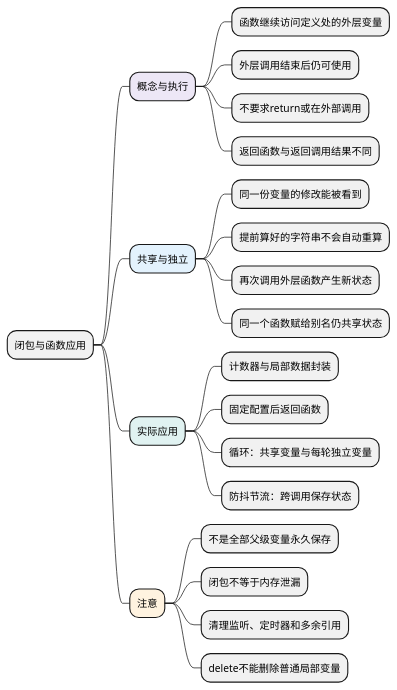
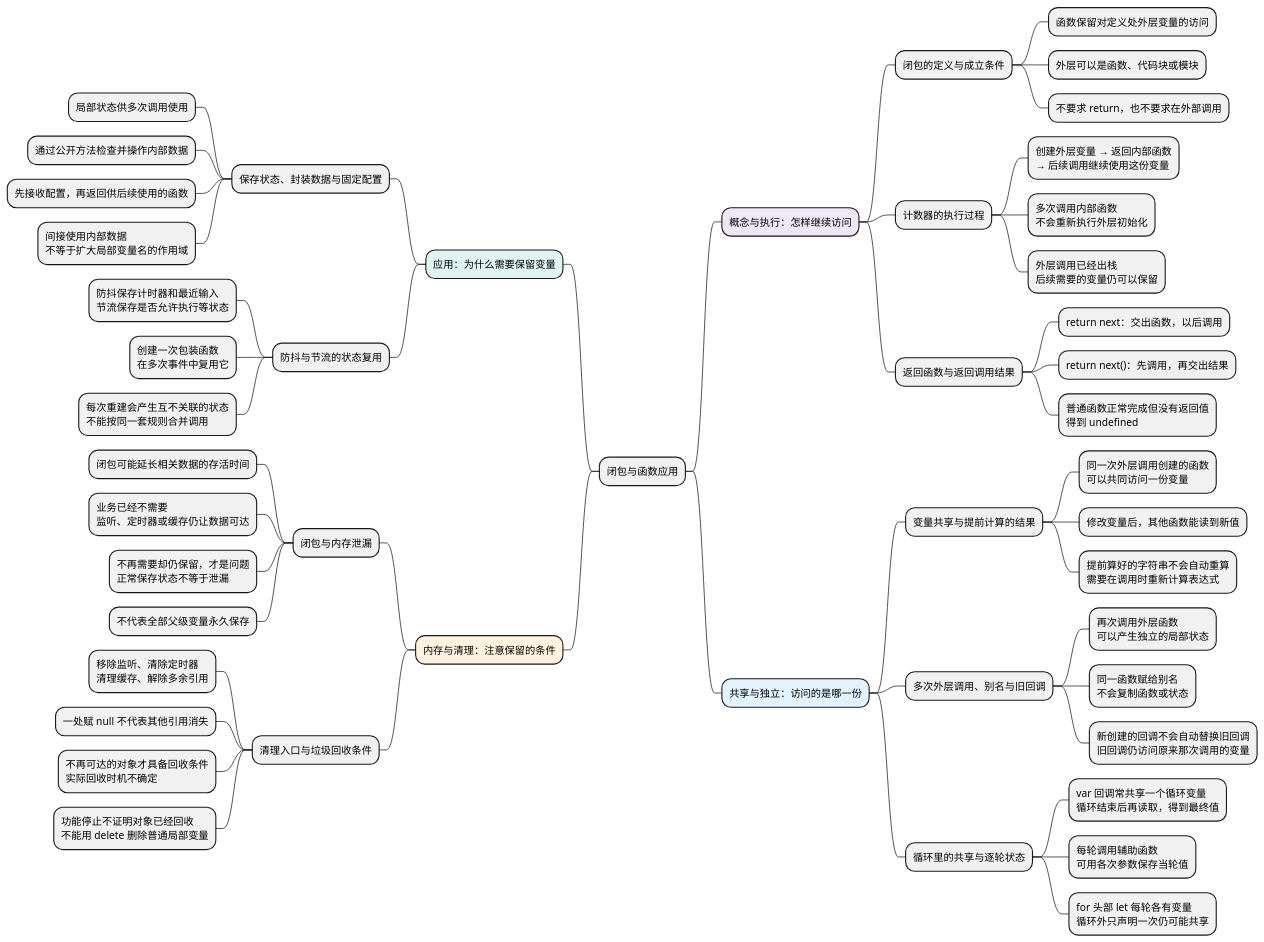
One commit to chenx18/JAVA changed the diagram in docs/AI前端全栈教材/01_JavaScript/02_运行基础/examples/c08-mindmap.puml. Above: the diagram before and after it, drawn with PlantUML. The commit also changed 38 other files, not shown here.

Commit message:
docs: 补充 JavaScript 知识点导图与面试复习总结

```diff
--- a/docs/AI前端全栈教材/01_JavaScript/02_运行基础/examples/c08-mindmap.puml
+++ b/docs/AI前端全栈教材/01_JavaScript/02_运行基础/examples/c08-mindmap.puml
@@ -1,30 +1,58 @@
 @startmindmap
 skinparam defaultFontName Microsoft YaHei
 skinparam defaultFontSize 14
 skinparam dpi 100
 skinparam backgroundColor white
 skinparam shadowing false
 
 * 闭包与函数应用
-**[#EDE7F6] 概念与执行
-*** 函数继续访问定义处的外层变量
-*** 外层调用结束后仍可使用
-*** 不要求return或在外部调用
-*** 返回函数与返回调用结果不同
-**[#E3F2FD] 共享与独立
-*** 同一份变量的修改能被看到
-*** 提前算好的字符串不会自动重算
-*** 再次调用外层函数产生新状态
-*** 同一个函数赋给别名仍共享状态
-**[#E0F2F1] 实际应用
-*** 计数器与局部数据封装
-*** 固定配置后返回函数
-*** 循环：共享变量与每轮独立变量
-*** 防抖节流：跨调用保存状态
-**[#FFF3E0] 注意
-*** 不是全部父级变量永久保存
-*** 闭包不等于内存泄漏
-*** 清理监听、定时器和多余引用
-*** delete不能删除普通局部变量
+**[#EDE7F6] 概念与执行：怎样继续访问
+*** 闭包的定义与成立条件
+**** 函数保留对定义处外层变量的访问
+**** 外层可以是函数、代码块或模块
+**** 不要求 return，也不要求在外部调用
+*** 计数器的执行过程
+**** 创建外层变量 → 返回内部函数\n→ 后续调用继续使用这份变量
+**** 多次调用内部函数\n不会重新执行外层初始化
+**** 外层调用已经出栈\n后续需要的变量仍可以保留
+*** 返回函数与返回调用结果
+**** return next：交出函数，以后调用
+**** return next()：先调用，再交出结果
+**** 普通函数正常完成但没有返回值\n得到 undefined
+**[#E3F2FD] 共享与独立：访问的是哪一份
+*** 变量共享与提前计算的结果
+**** 同一次外层调用创建的函数\n可以共同访问一份变量
+**** 修改变量后，其他函数能读到新值
+**** 提前算好的字符串不会自动重算\n需要在调用时重新计算表达式
+*** 多次外层调用、别名与旧回调
+**** 再次调用外层函数\n可以产生独立的局部状态
+**** 同一函数赋给别名\n不会复制函数或状态
+**** 新创建的回调不会自动替换旧回调\n旧回调仍访问原来那次调用的变量
+*** 循环里的共享与逐轮状态
+**** var 回调常共享一个循环变量\n循环结束后再读取，得到最终值
+**** 每轮调用辅助函数\n可用各次参数保存当轮值
+**** for 头部 let 每轮各有变量\n循环外只声明一次仍可能共享
+left side
+**[#E0F2F1] 应用：为什么需要保留变量
+*** 保存状态、封装数据与固定配置
+**** 局部状态供多次调用使用
+**** 通过公开方法检查并操作内部数据
+**** 先接收配置，再返回供后续使用的函数
+**** 间接使用内部数据\n不等于扩大局部变量名的作用域
+*** 防抖与节流的状态复用
+**** 防抖保存计时器和最近输入\n节流保存是否允许执行等状态
+**** 创建一次包装函数\n在多次事件中复用它
+**** 每次重建会产生互不关联的状态\n不能按同一套规则合并调用
+**[#FFF3E0] 内存与清理：注意保留的条件
+*** 闭包与内存泄漏
+**** 闭包可能延长相关数据的存活时间
+**** 业务已经不需要\n监听、定时器或缓存仍让数据可达
+**** 不再需要却仍保留，才是问题\n正常保存状态不等于泄漏
+**** 不代表全部父级变量永久保存
+*** 清理入口与垃圾回收条件
+**** 移除监听、清除定时器\n清理缓存、解除多余引用
+**** 一处赋 null 不代表其他引用消失
+**** 不再可达的对象才具备回收条件\n实际回收时机不确定
+**** 功能停止不证明对象已经回收\n不能用 delete 删除普通局部变量
 
 @endmindmap
```
